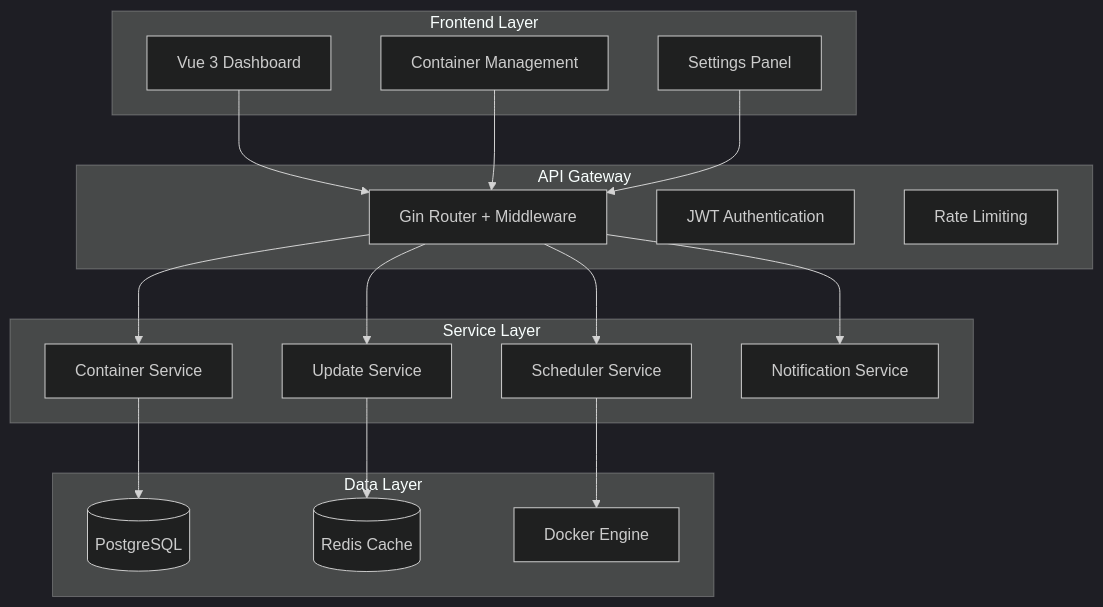
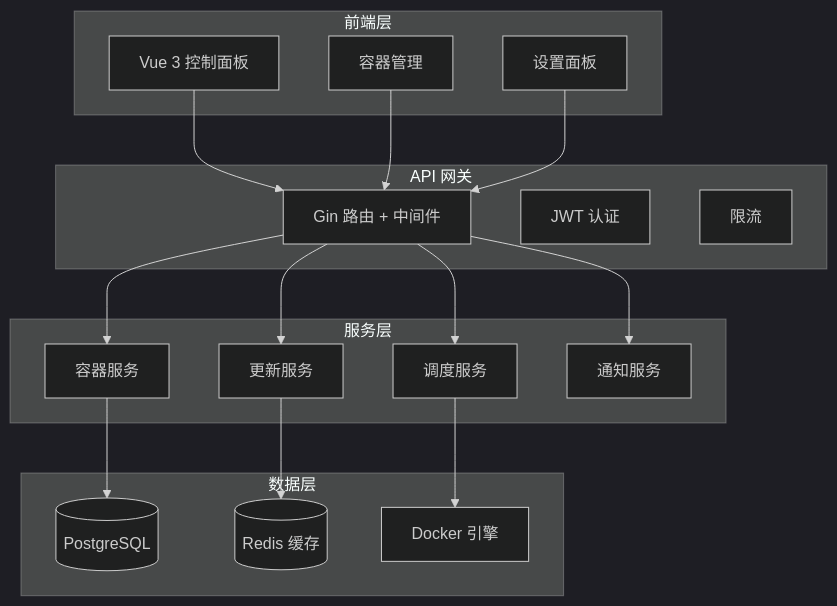
Before and after one commit to Await-d/docker-auto: the diagram in README.md, drawn with Mermaid (dark theme). The commit also changed other lines of this file and 1 other file, not shown here.

````diff
--- a/README.md
+++ b/README.md
@@ -49,38 +51,38 @@
 ```mermaid
 graph TB
-    subgraph "Frontend Layer"
-        A[Vue 3 Dashboard]
-        B[Container Management]
-        C[Settings Panel]
+    subgraph "前端层"
+        A[Vue 3 控制面板]
+        B[容器管理]
+        C[设置面板]
     end
 
-    subgraph "API Gateway"
-        D[Gin Router + Middleware]
-        E[JWT Authentication]
-        F[Rate Limiting]
+    subgraph "API 网关"
+        D[Gin 路由 + 中间件]
+        E[JWT 认证]
+        F[限流]
     end
 
-    subgraph "Service Layer"
-        G[Container Service]
-        H[Update Service]
-        I[Scheduler Service]
-        J[Notification Service]
+    subgraph "服务层"
+        G[容器服务]
+        H[更新服务]
+        I[调度服务]
+        J[通知服务]
     end
 
-    subgraph "Data Layer"
+    subgraph "数据层"
         K[(PostgreSQL)]
-        L[(Redis Cache)]
-        M[Docker Engine]
+        L[(Redis 缓存)]
+        M[Docker 引擎]
     end
 
     A --> D
     B --> D
     C --> D
     D --> G
     D --> H
     D --> I
     D --> J
     G --> K
     H --> L
     I --> M
 ```
````
